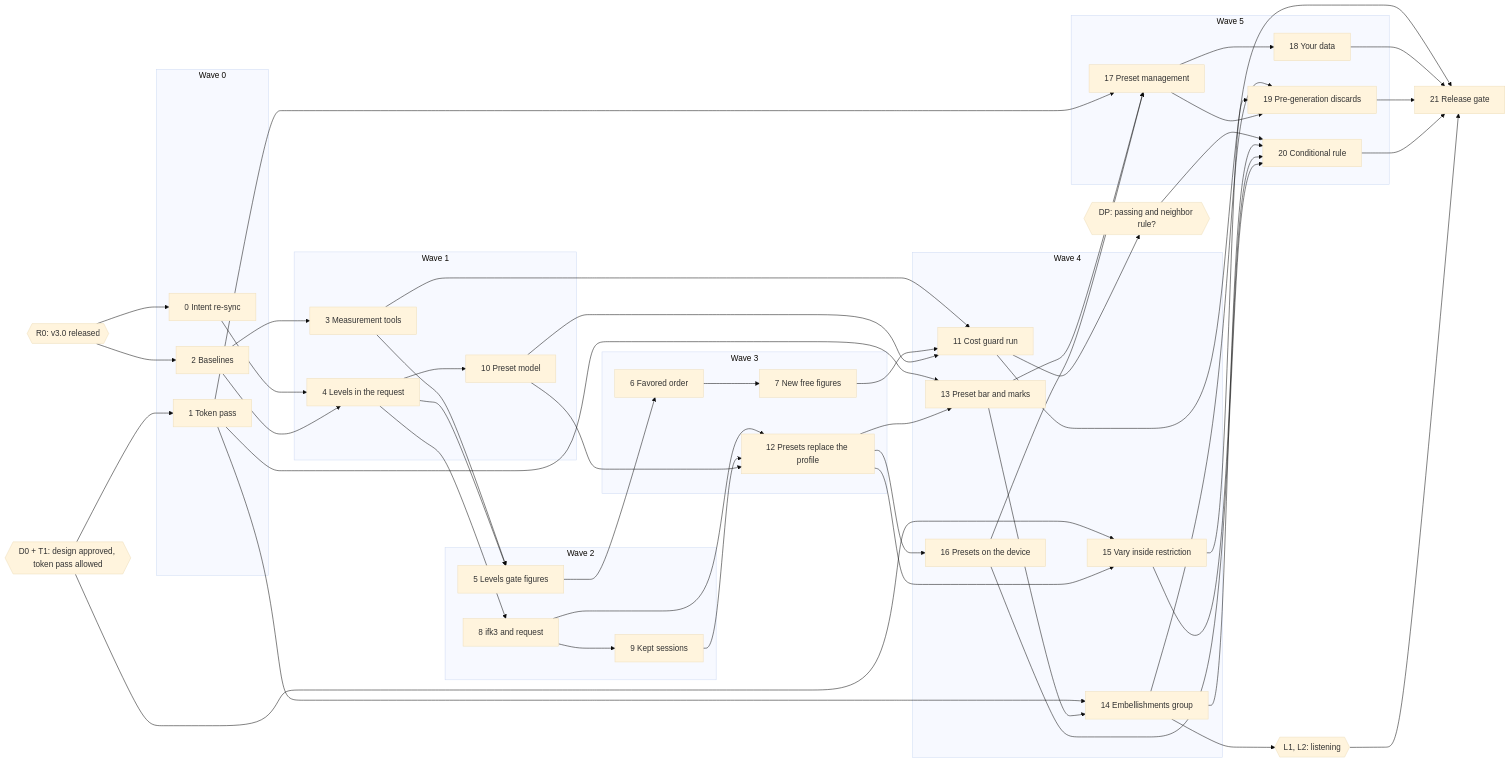
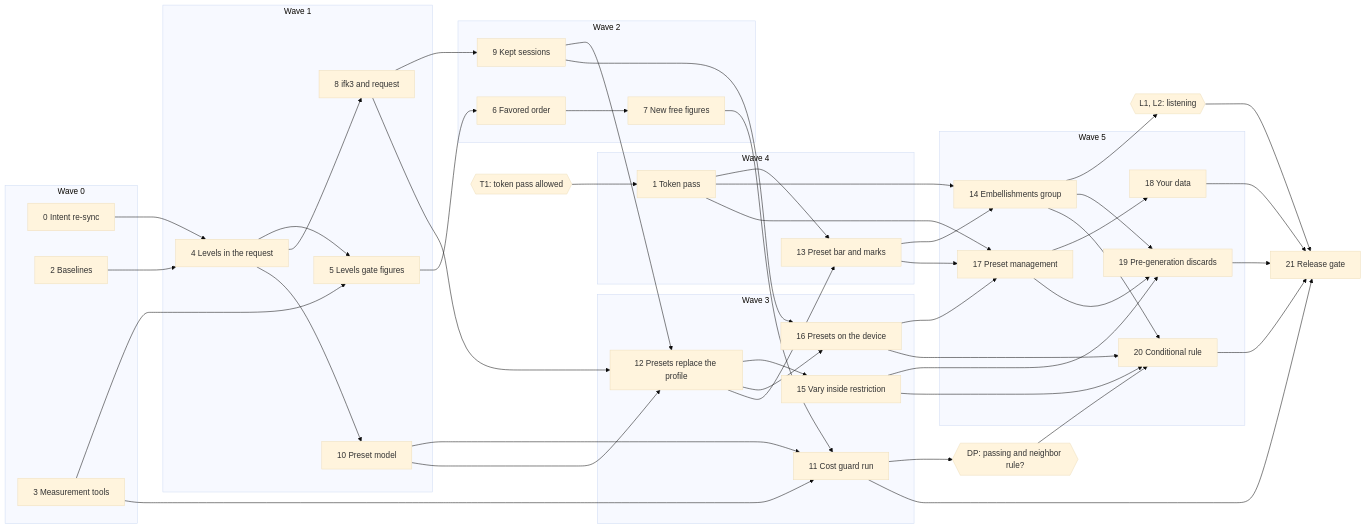
The diagram in specs/versions/v3/build-plan-v3.1.md (kluthen/infinite-flow), drawn with Mermaid (base theme) before and after one commit. The commit also changed other lines of this file and 3 other files, not shown here.

````diff
--- a/specs/versions/v3/build-plan-v3.1.md
+++ b/specs/versions/v3/build-plan-v3.1.md
@@ -82,49 +86,44 @@
 ```mermaid
 flowchart LR
-  R0{{R0: v3.0 released}}
-  D0{{D0 + T1: design approved, token pass allowed}}
+  T1{{T1: token pass allowed}}
   DP{{DP: passing and neighbor rule?}}
   L{{L1, L2: listening}}
   subgraph W0[Wave 0]
     C0[0 Intent re-sync]
-    C1[1 Token pass]
     C2[2 Baselines]
+    C3[3 Measurement tools]
   end
   subgraph W1[Wave 1]
-    C3[3 Measurement tools]
     C4[4 Levels in the request]
+    C5[5 Levels gate figures]
+    C8[8 ifk3 and request]
     C10[10 Preset model]
   end
   subgraph W2[Wave 2]
-    C5[5 Levels gate figures]
-    C8[8 ifk3 and request]
+    C6[6 Favored order]
+    C7[7 New free figures]
     C9[9 Kept sessions]
   end
   subgraph W3[Wave 3]
-    C6[6 Favored order]
-    C7[7 New free figures]
+    C11[11 Cost guard run]
     C12[12 Presets replace the profile]
-  end
-  subgraph W4[Wave 4]
-    C11[11 Cost guard run]
-    C13[13 Preset bar and marks]
-    C14[14 Embellishments group]
     C15[15 Vary inside restriction]
     C16[16 Presets on the device]
   end
+  subgraph W4[Wave 4]
+    C1[1 Token pass]
+    C13[13 Preset bar and marks]
+  end
   subgraph W5[Wave 5]
+    C14[14 Embellishments group]
     C17[17 Preset management]
     C18[18 Your data]
     C19[19 Pre-generation discards]
     C20[20 Conditional rule]
   end
   C21[21 Release gate]
-  R0 --> C0
-  R0 --> C2
-  D0 --> C1
-  D0 --> C15
+  T1 --> C1
   C0 --> C4
-  C2 --> C3
   C2 --> C4
   C3 --> C5
   C4 --> C5
@@ -140,12 +139,13 @@
   C8 --> C12
   C9 --> C12
   C10 --> C12
+  C12 --> C15
+  C12 --> C16
+  C9 --> C16
   C1 --> C13
   C12 --> C13
   C1 --> C14
   C13 --> C14
-  C12 --> C15
-  C12 --> C16
   C14 --> L
   C1 --> C17
   C13 --> C17
````
